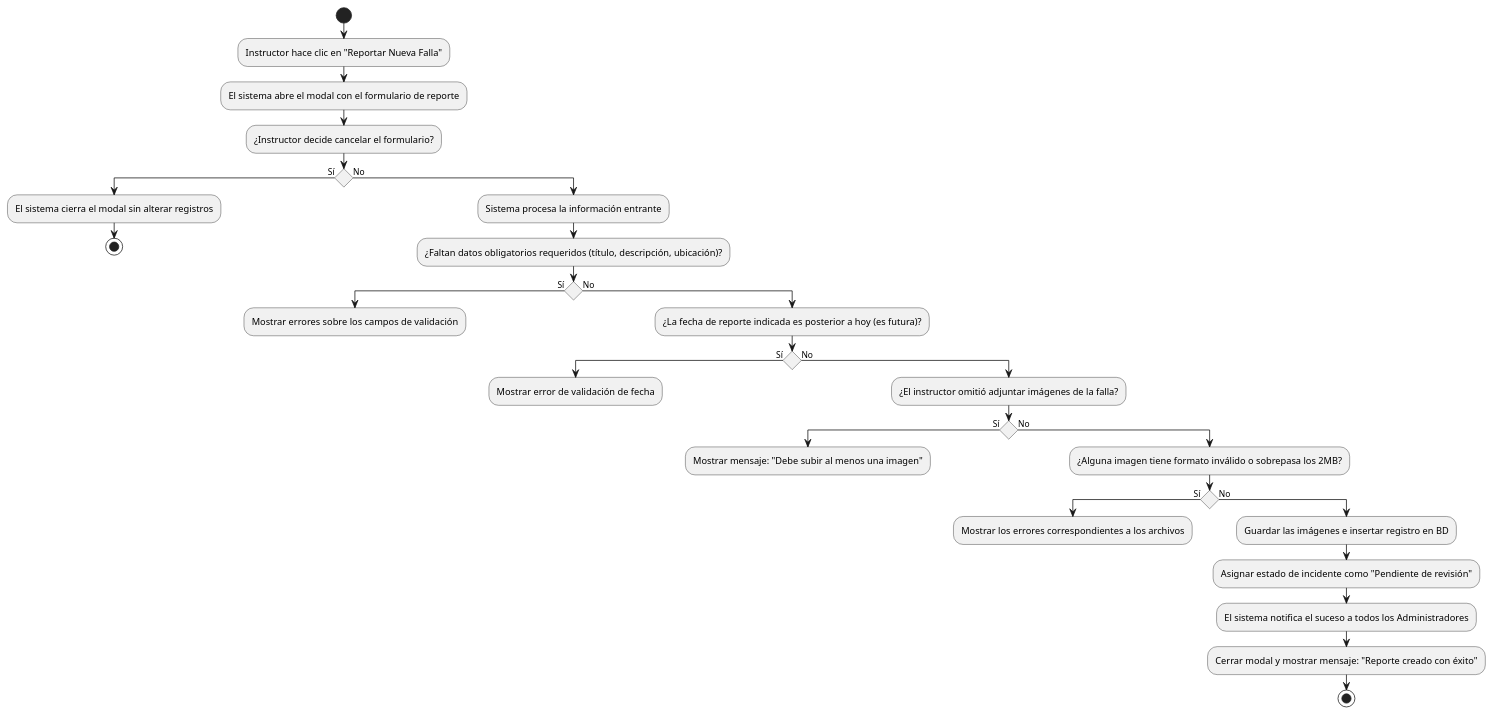
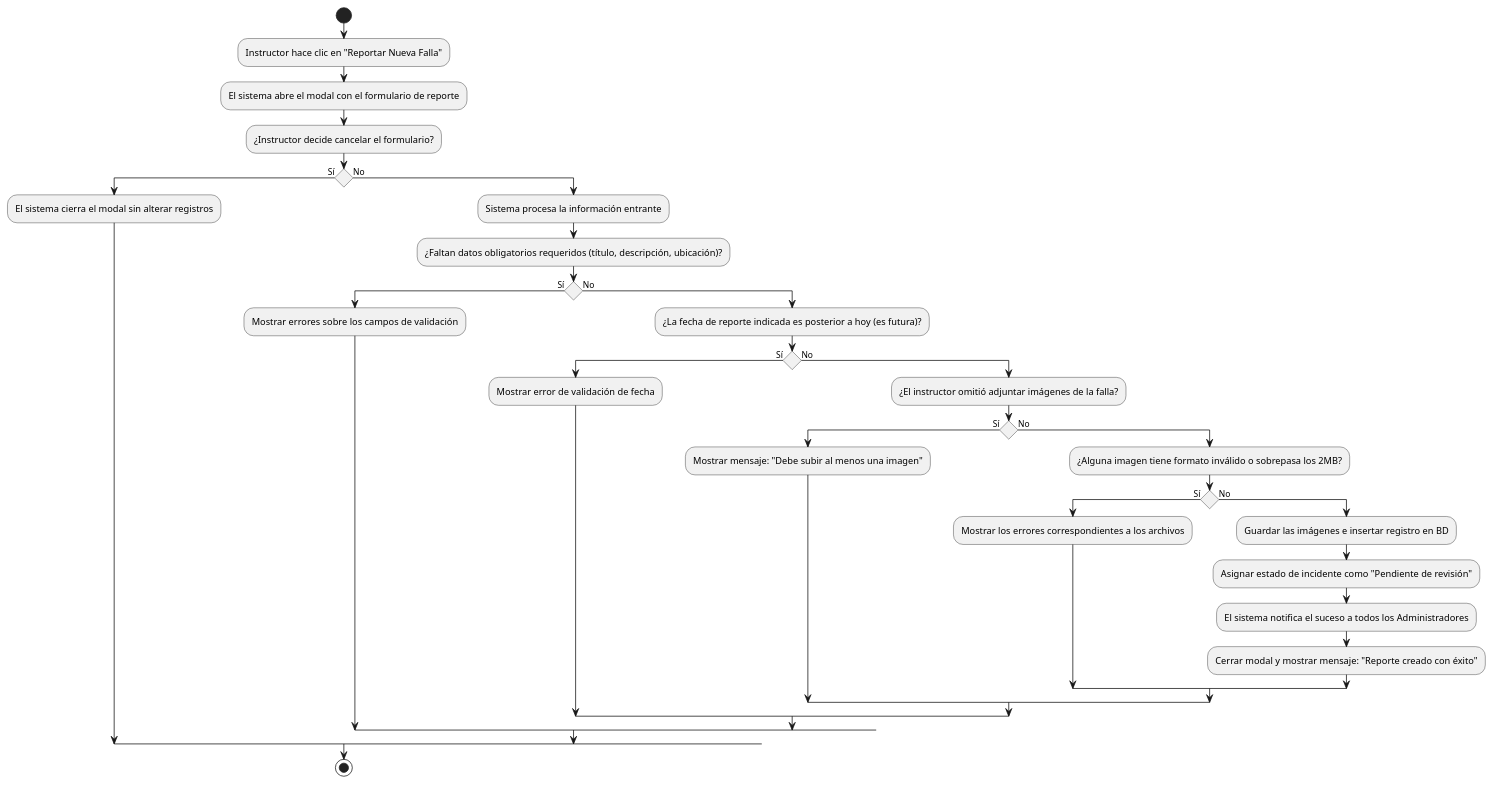
The diagram in document/diagrama_actividades/INS/INS-7.md (MasterErrorCLONE04/SIGERD.1.0), drawn with PlantUML before and after one commit. The commit also changed 28 other files, not shown here.

````diff
--- a/document/diagrama_actividades/INS/INS-7.md
+++ b/document/diagrama_actividades/INS/INS-7.md
@@ -23,49 +23,44 @@
 ```plantuml
 @startuml
 skinparam ConditionEndStyle hline
 
 start
 
 :Instructor hace clic en "Reportar Nueva Falla";
 :El sistema abre el modal con el formulario de reporte;
 
 :¿Instructor decide cancelar el formulario?;
 if () then (Sí)
   :El sistema cierra el modal sin alterar registros;
-  stop
 else (No)
   :Sistema procesa la información entrante;
   
   :¿Faltan datos obligatorios requeridos (título, descripción, ubicación)?;
   if () then (Sí)
     :Mostrar errores sobre los campos de validación;
-    kill
   else (No)
     :¿La fecha de reporte indicada es posterior a hoy (es futura)?;
     if () then (Sí)
       :Mostrar error de validación de fecha;
-      kill
     else (No)
       :¿El instructor omitió adjuntar imágenes de la falla?;
       if () then (Sí)
         :Mostrar mensaje: "Debe subir al menos una imagen";
-        kill
       else (No)
         :¿Alguna imagen tiene formato inválido o sobrepasa los 2MB?;
         if () then (Sí)
           :Mostrar los errores correspondientes a los archivos;
-          kill
         else (No)
           :Guardar las imágenes e insertar registro en BD;
           :Asignar estado de incidente como "Pendiente de revisión";
           :El sistema notifica el suceso a todos los Administradores;
           :Cerrar modal y mostrar mensaje: "Reporte creado con éxito";
-          stop
         endif
       endif
     endif
   endif
 endif
 
+stop
 @enduml
 ```
````
